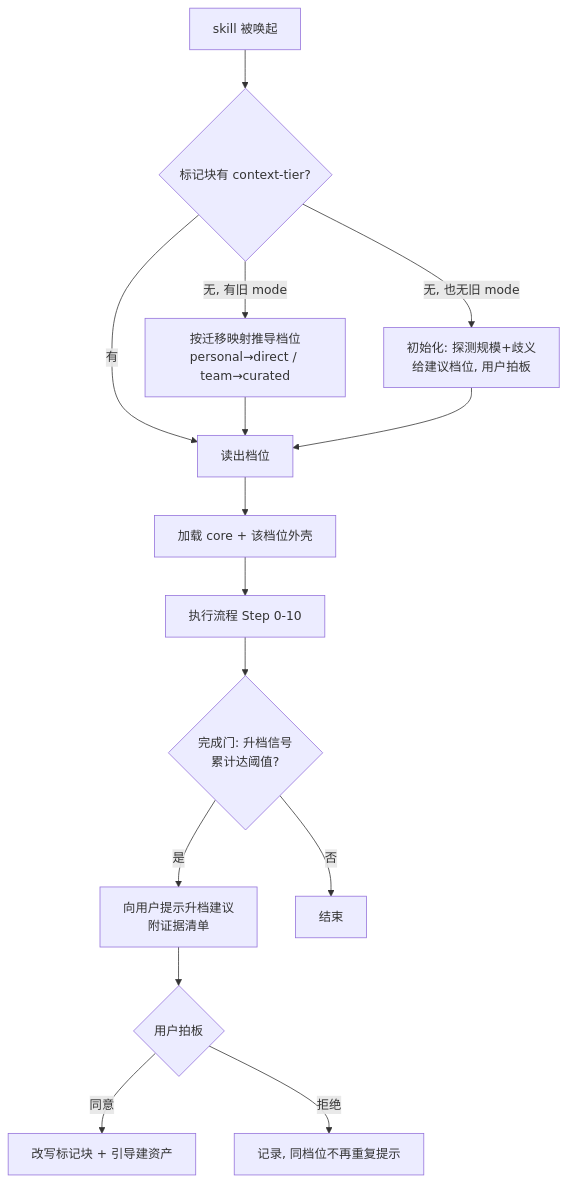
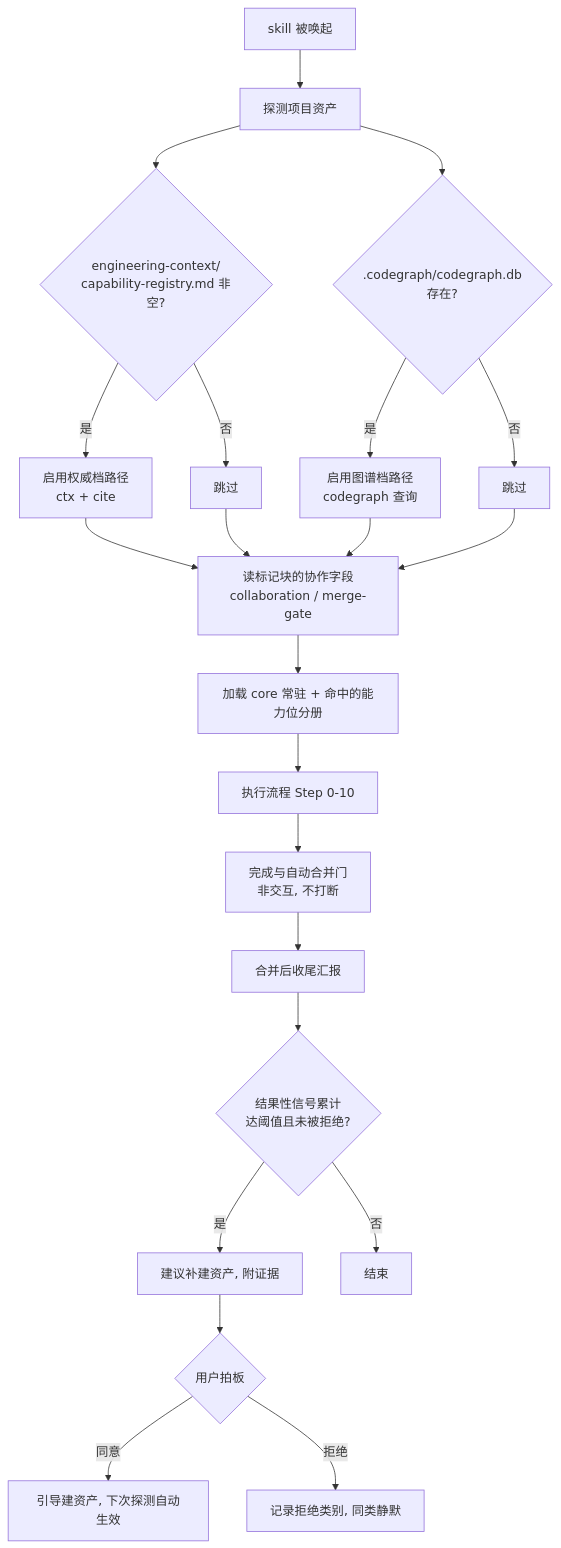
The first of 2 diagrams in docs/spec/2026-08-16-项目真相源与context-tier重构-eng-spec.md (weidwonder/dw-system), drawn with Mermaid before and after one commit. The commit also changed other lines of this file, not shown here.

First line of the commit message:
docs(spec): 按双评审重写 context-tier spec（第二稿）

````diff
--- a/docs/spec/2026-08-16-项目真相源与context-tier重构-eng-spec.md
+++ b/docs/spec/2026-08-16-项目真相源与context-tier重构-eng-spec.md
@@ -34,17 +39,21 @@
 ```mermaid
 flowchart TD
-  A[skill 被唤起] --> B{标记块有 context-tier?}
-  B -->|无, 有旧 mode| C[按迁移映射推导档位<br/>personal→direct / team→curated]
-  B -->|无, 也无旧 mode| D[初始化: 探测规模+歧义<br/>给建议档位, 用户拍板]
-  B -->|有| E[读出档位]
-  C --> E
-  D --> E
-  E --> F[加载 core + 该档位外壳]
+  A[skill 被唤起] --> B[探测项目资产]
+  B --> B1{engineering-context/<br/>capability-registry.md 非空?}
+  B --> B2{.codegraph/codegraph.db<br/>存在?}
+  B1 -->|是| C1[启用权威档路径<br/>ctx + cite]
+  B2 -->|是| C2[启用图谱档路径<br/>codegraph 查询]
+  B1 -->|否| D1[跳过]
+  B2 -->|否| D2[跳过]
+  C1 & C2 & D1 & D2 --> E[读标记块的协作字段<br/>collaboration / merge-gate]
+  E --> F[加载 core 常驻 + 命中的能力位分册]
   F --> G[执行流程 Step 0-10]
-  G --> H{完成门: 升档信号<br/>累计达阈值?}
-  H -->|是| I[向用户提示升档建议<br/>附证据清单]
-  H -->|否| J[结束]
-  I --> K{用户拍板}
-  K -->|同意| L[改写标记块 + 引导建资产]
-  K -->|拒绝| M[记录, 同档位不再重复提示]
+  G --> H[完成与自动合并门<br/>非交互, 不打断]
+  H --> I[合并后收尾汇报]
+  I --> J{结果性信号累计<br/>达阈值且未被拒绝?}
+  J -->|是| K[建议补建资产, 附证据]
+  J -->|否| L[结束]
+  K --> M{用户拍板}
+  M -->|同意| N[引导建资产, 下次探测自动生效]
+  M -->|拒绝| O[记录拒绝类别, 同类静默]
 ```
````
